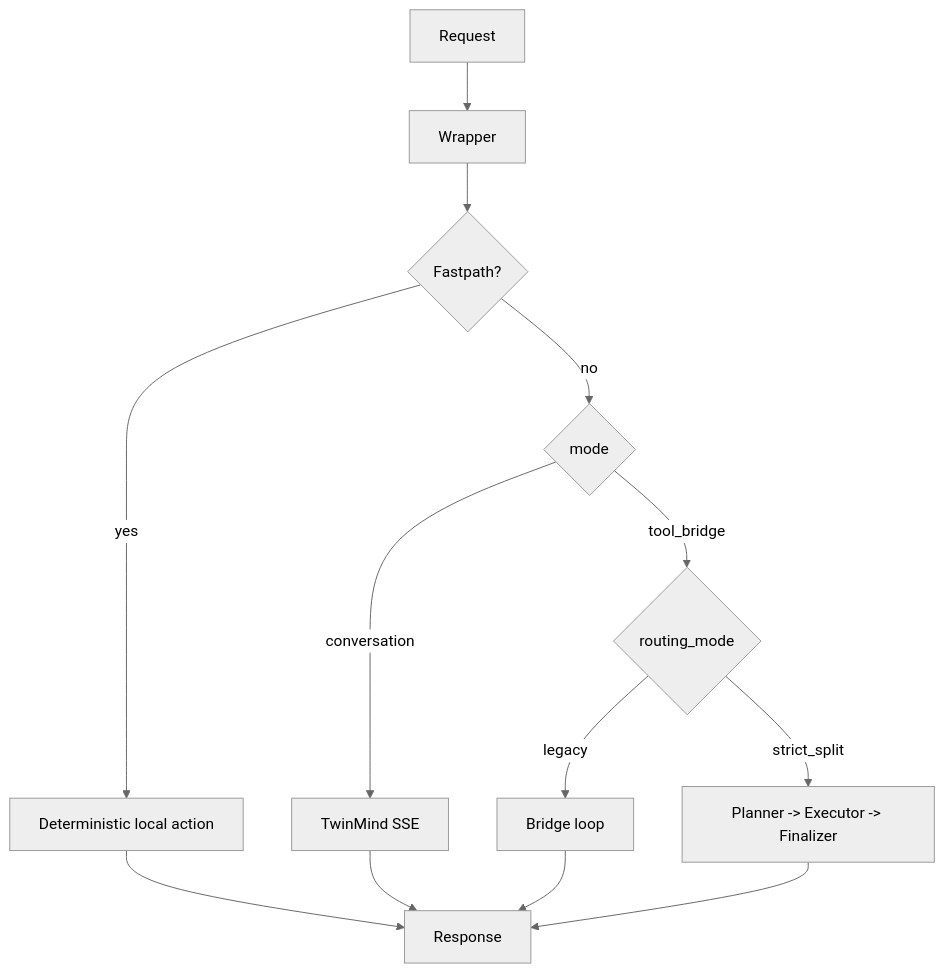
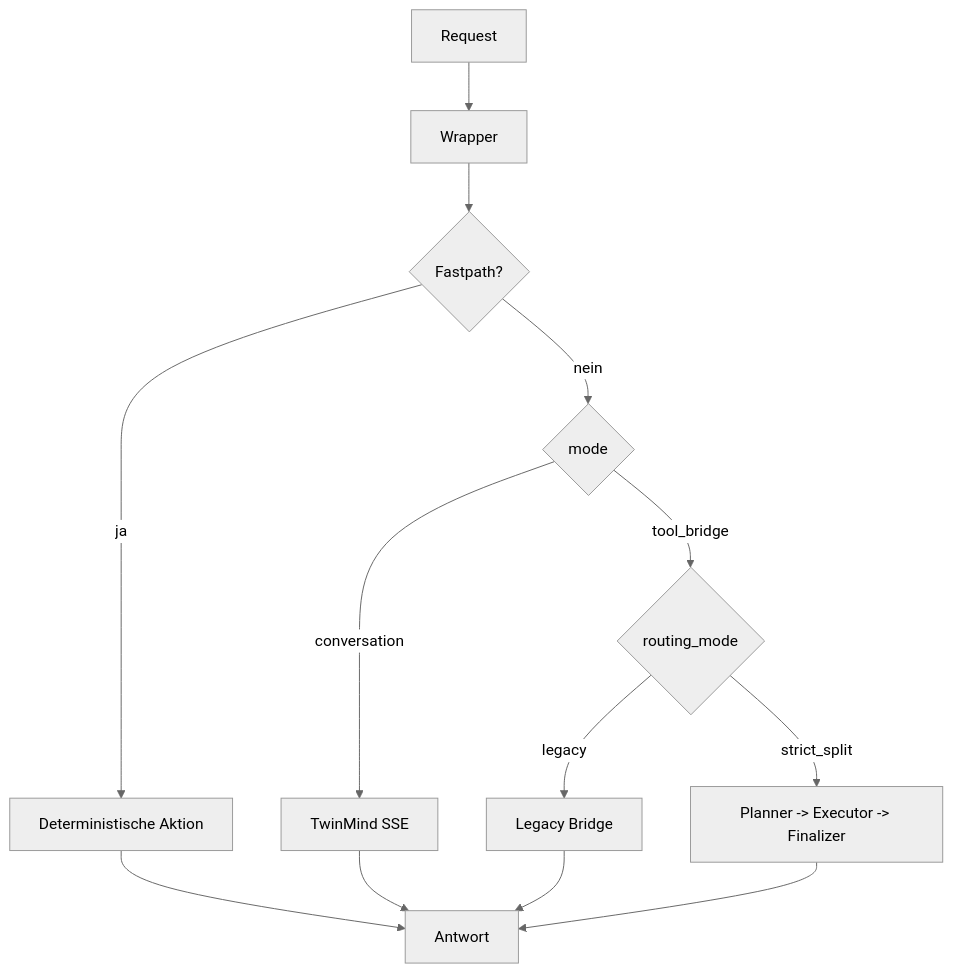
Before and after one commit to Gaiser147/clawdbot-twinmind-split-kit: the diagram in docs/01-overview.md, drawn with Mermaid (neutral theme). The commit also changed other lines of this file and 3 other files, not shown here.

Commit message:
docs: simplify onboarding and clarify legacy bridge vs strict_split

````diff
--- a/docs/01-overview.md
+++ b/docs/01-overview.md
@@ -28,15 +27,15 @@
 ```mermaid
 flowchart TD
     A[Request] --> B[Wrapper]
     B --> C{Fastpath?}
-    C -->|yes| D[Deterministic local action]
-    C -->|no| E{mode}
+    C -->|ja| D[Deterministische Aktion]
+    C -->|nein| E{mode}
     E -->|conversation| F[TwinMind SSE]
     E -->|tool_bridge| G{routing_mode}
-    G -->|legacy| H[Bridge loop]
+    G -->|legacy| H[Legacy Bridge]
     G -->|strict_split| I[Planner -> Executor -> Finalizer]
-    D --> J[Response]
+    D --> J[Antwort]
     F --> J
     H --> J
     I --> J
 ```
````
